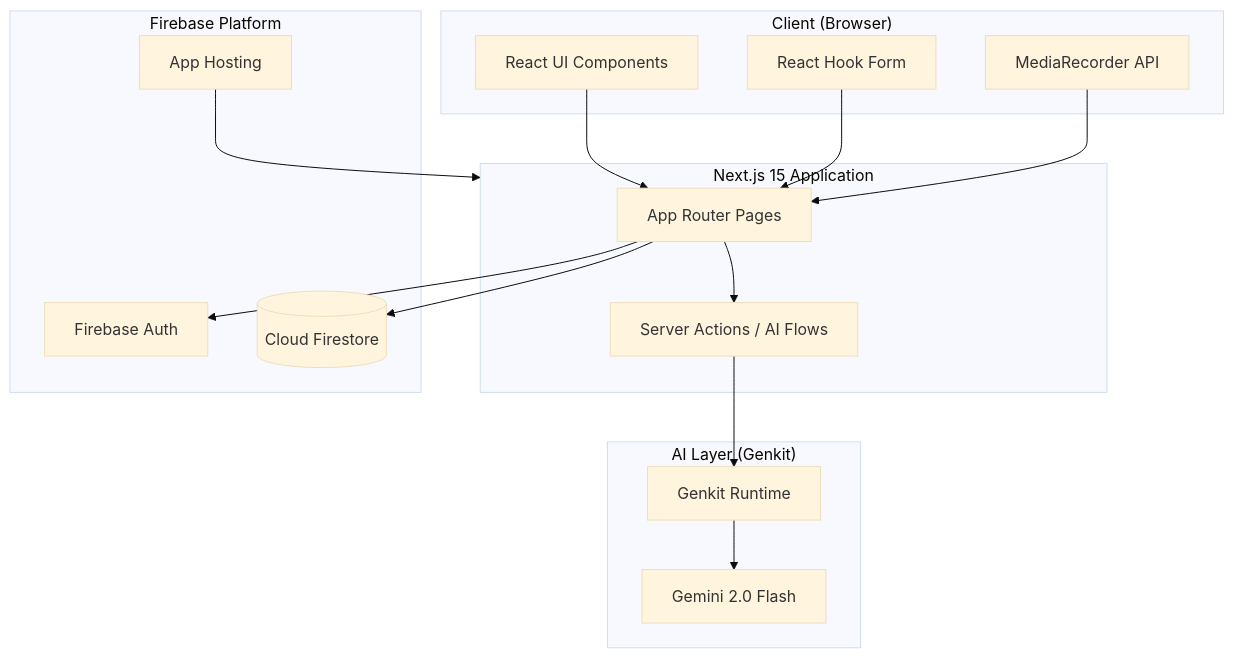
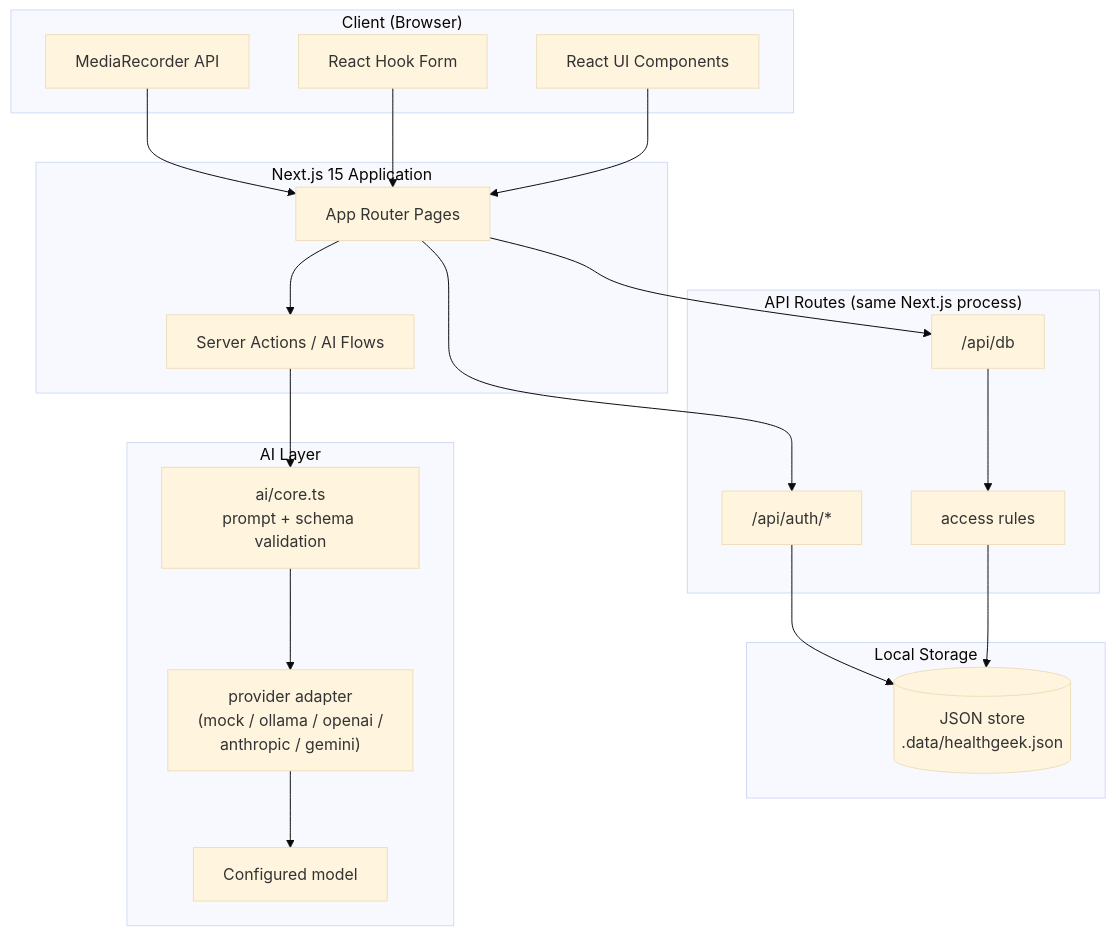
The first of 7 diagrams in docs/architecture/README.md (knotking/healthgeek), drawn with Mermaid (base theme) before and after one commit. The commit also changed other lines of this file and 67 other files, not shown here.

````diff
--- a/docs/architecture/README.md
+++ b/docs/architecture/README.md
@@ -7,34 +9,42 @@
 ```mermaid
 graph TB
     subgraph Client ["Client (Browser)"]
         UI[React UI Components]
         RHF[React Hook Form]
         Media[MediaRecorder API]
     end
 
     subgraph NextJS ["Next.js 15 Application"]
         Pages[App Router Pages]
         ServerActions[Server Actions / AI Flows]
     end
 
-    subgraph Firebase ["Firebase Platform"]
-        Auth[Firebase Auth]
-        Firestore[(Cloud Firestore)]
-        Hosting[App Hosting]
+    subgraph Routes ["API Routes (same Next.js process)"]
+        AuthAPI["/api/auth/*"]
+        DbAPI["/api/db"]
+        Access["access rules"]
     end
 
-    subgraph AI ["AI Layer (Genkit)"]
-        Genkit[Genkit Runtime]
-        Gemini[Gemini 2.0 Flash]
+    subgraph Storage ["Local Storage"]
+        Store[("JSON store<br/>.data/healthgeek.json")]
+    end
+
+    subgraph AI ["AI Layer"]
+        Core["ai/core.ts<br/>prompt + schema validation"]
+        Providers["provider adapter<br/>(mock / ollama / openai /<br/>anthropic / gemini)"]
+        Model[Configured model]
     end
 
     UI --> Pages
     RHF --> Pages
     Media --> Pages
     Pages --> ServerActions
-    Pages --> Auth
-    Pages --> Firestore
-    ServerActions --> Genkit
-    Genkit --> Gemini
-    Hosting --> NextJS
+    Pages --> AuthAPI
+    Pages --> DbAPI
+    DbAPI --> Access
+    Access --> Store
+    AuthAPI --> Store
+    ServerActions --> Core
+    Core --> Providers
+    Providers --> Model
 ```
````
